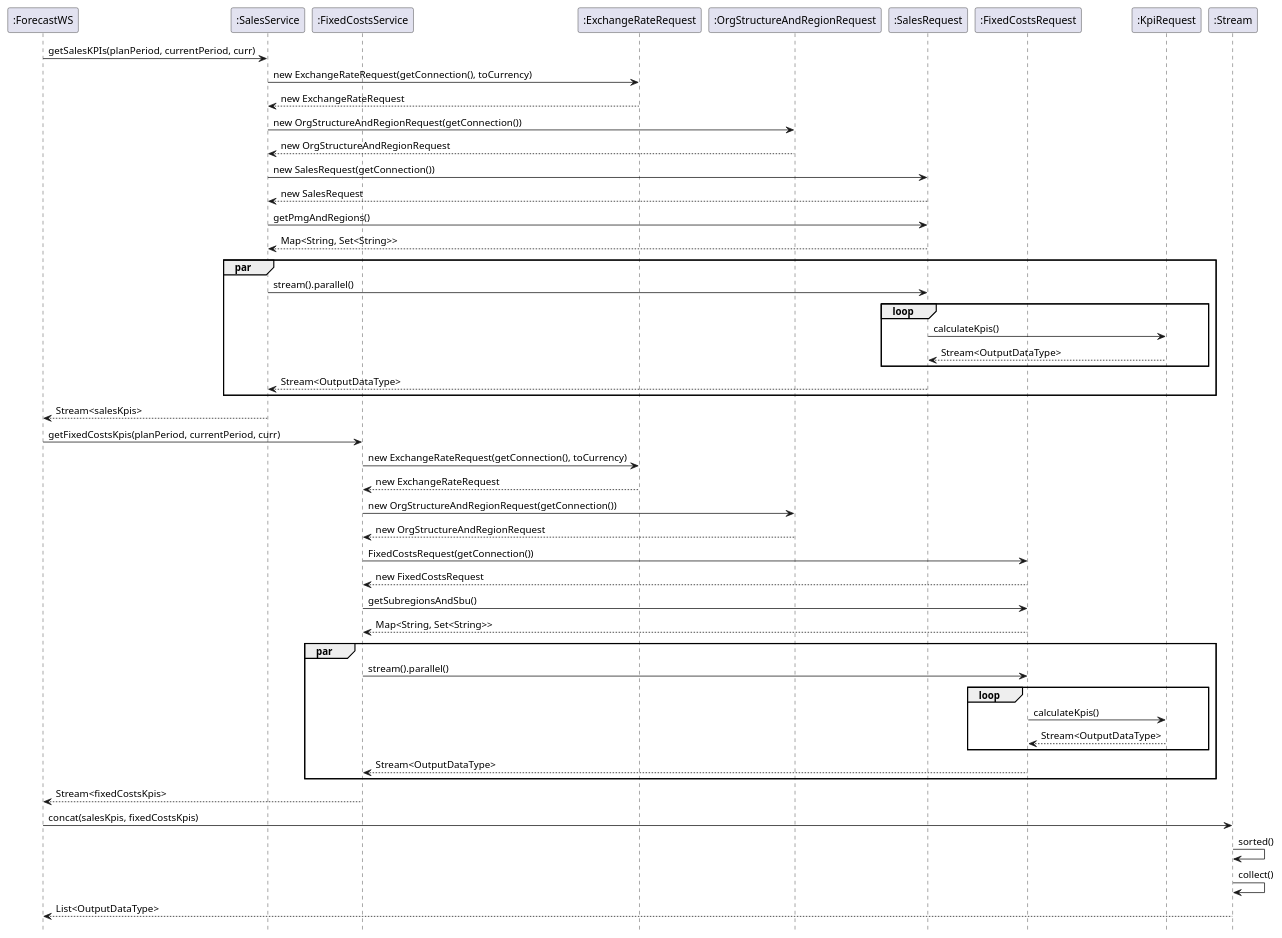
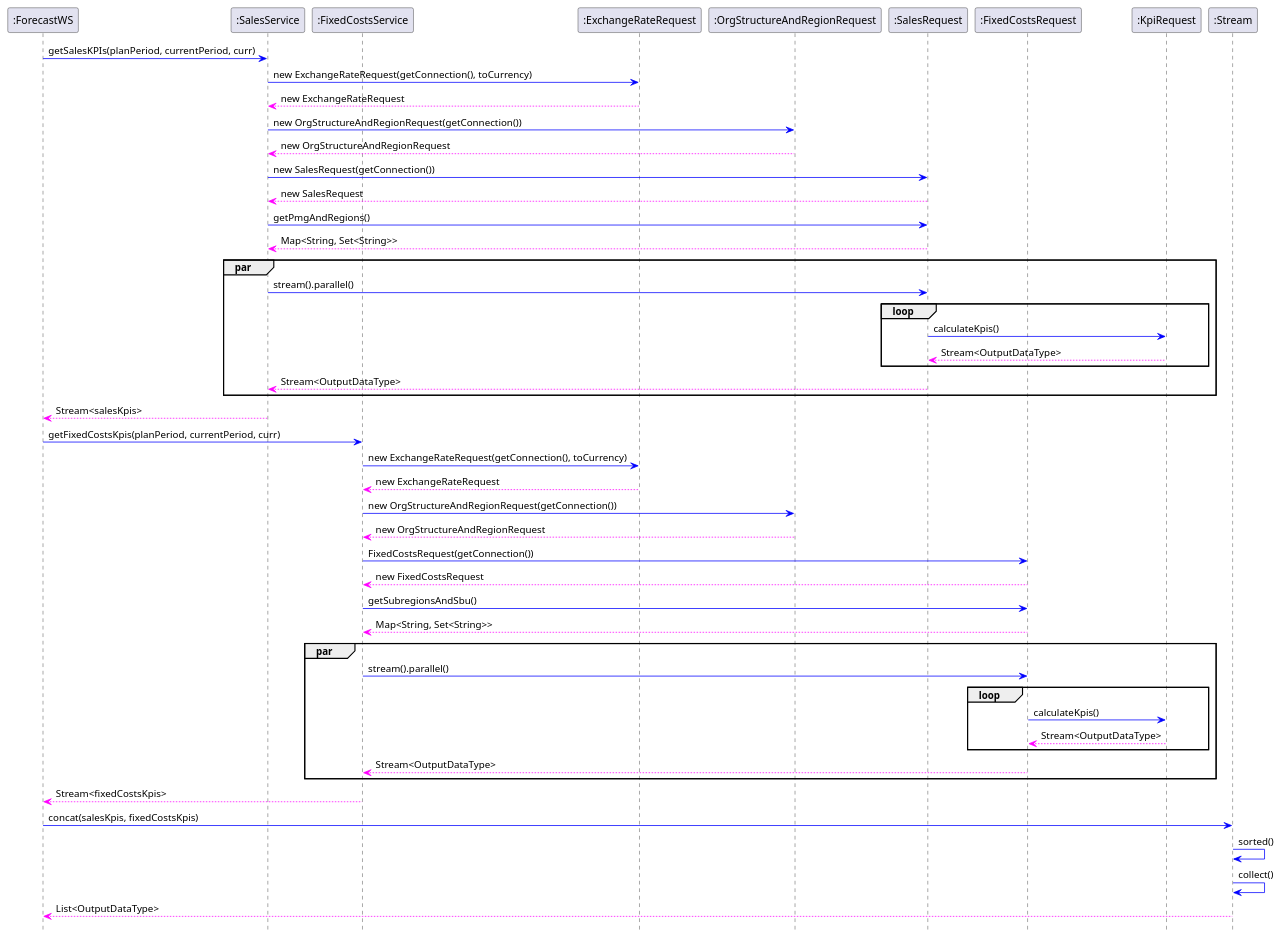
Before and after one commit to wagnst/forecast-cassandra: the diagram in diagrams/sequence/sequence_methods.puml, drawn with PlantUML. The commit also changed 1 other file, not shown here.

Commit message:
update sequence diagramm

```diff
--- a/diagrams/sequence/sequence_methods.puml
+++ b/diagrams/sequence/sequence_methods.puml
@@ -1,68 +1,68 @@
 @startuml
 
 hide footbox
 participant  ":ForecastWS"
 participant  ":SalesService"
 participant  ":FixedCostsService"
 participant  ":ExchangeRateRequest"
 participant  ":OrgStructureAndRegionRequest"
 participant  ":SalesRequest"
 participant  ":FixedCostsRequest"
 participant  ":KpiRequest"
 participant  ":Stream"
 
 
 
-":ForecastWS" -> ":SalesService" : getSalesKPIs(planPeriod, currentPeriod, curr)
-":SalesService" -> ":ExchangeRateRequest" : new ExchangeRateRequest(getConnection(), toCurrency)
-":ExchangeRateRequest" --> ":SalesService" : new ExchangeRateRequest
-":SalesService" -> ":OrgStructureAndRegionRequest" : new OrgStructureAndRegionRequest(getConnection())
-":OrgStructureAndRegionRequest" --> ":SalesService" : new OrgStructureAndRegionRequest
-":SalesService" -> ":SalesRequest" : new SalesRequest(getConnection())
-":SalesRequest" --> ":SalesService" : new SalesRequest
-":SalesService" -> ":SalesRequest" : getPmgAndRegions()
-":SalesRequest" --> ":SalesService" : Map<String, Set<String>>
+":ForecastWS" -[#0000FF]> ":SalesService" : getSalesKPIs(planPeriod, currentPeriod, curr)
+":SalesService" -[#0000FF]> ":ExchangeRateRequest" : new ExchangeRateRequest(getConnection(), toCurrency)
+":ExchangeRateRequest" --[#FF00FF]> ":SalesService" : new ExchangeRateRequest
+":SalesService" -[#0000FF]> ":OrgStructureAndRegionRequest" : new OrgStructureAndRegionRequest(getConnection())
+":OrgStructureAndRegionRequest" --[#FF00FF]> ":SalesService" : new OrgStructureAndRegionRequest
+":SalesService" -[#0000FF]> ":SalesRequest" : new SalesRequest(getConnection())
+":SalesRequest" --[#FF00FF]> ":SalesService" : new SalesRequest
+":SalesService" -[#0000FF]> ":SalesRequest" : getPmgAndRegions()
+":SalesRequest" --[#FF00FF]> ":SalesService" : Map<String, Set<String>>
 par
-    ":SalesService" -> ":SalesRequest": stream().parallel()
+    ":SalesService" -[#0000FF]> ":SalesRequest": stream().parallel()
     loop
-        ":SalesRequest" -> ":KpiRequest" : calculateKpis()
-        ":KpiRequest"  --> ":SalesRequest" : Stream<OutputDataType>
+        ":SalesRequest" -[#0000FF]> ":KpiRequest" : calculateKpis()
+        ":KpiRequest"  --[#FF00FF]> ":SalesRequest" : Stream<OutputDataType>
     end
-    ":SalesRequest" --> ":SalesService" : Stream<OutputDataType>
+    ":SalesRequest" --[#FF00FF]> ":SalesService" : Stream<OutputDataType>
 end
-":SalesService" --> ":ForecastWS" : Stream<salesKpis>
+":SalesService" --[#FF00FF]> ":ForecastWS" : Stream<salesKpis>
 
 
 
-":ForecastWS" -> ":FixedCostsService" : getFixedCostsKpis(planPeriod, currentPeriod, curr)
-":FixedCostsService" -> ":ExchangeRateRequest" : new ExchangeRateRequest(getConnection(), toCurrency)
-":ExchangeRateRequest" --> ":FixedCostsService" : new ExchangeRateRequest
-":FixedCostsService" ->  ":OrgStructureAndRegionRequest" : new OrgStructureAndRegionRequest(getConnection())
-":OrgStructureAndRegionRequest" --> ":FixedCostsService" : new OrgStructureAndRegionRequest
-":FixedCostsService" -> ":FixedCostsRequest" : FixedCostsRequest(getConnection())
-":FixedCostsRequest" --> ":FixedCostsService" : new FixedCostsRequest
-":FixedCostsService" -> ":FixedCostsRequest" : getSubregionsAndSbu()
-":FixedCostsRequest" --> ":FixedCostsService" : Map<String, Set<String>>
+":ForecastWS" -[#0000FF]> ":FixedCostsService" : getFixedCostsKpis(planPeriod, currentPeriod, curr)
+":FixedCostsService" -[#0000FF]> ":ExchangeRateRequest" : new ExchangeRateRequest(getConnection(), toCurrency)
+":ExchangeRateRequest" --[#FF00FF]> ":FixedCostsService" : new ExchangeRateRequest
+":FixedCostsService" -[#0000FF]>  ":OrgStructureAndRegionRequest" : new OrgStructureAndRegionRequest(getConnection())
+":OrgStructureAndRegionRequest" --[#FF00FF]> ":FixedCostsService" : new OrgStructureAndRegionRequest
+":FixedCostsService" -[#0000FF]> ":FixedCostsRequest" : FixedCostsRequest(getConnection())
+":FixedCostsRequest" --[#FF00FF]> ":FixedCostsService" : new FixedCostsRequest
+":FixedCostsService" -[#0000FF]> ":FixedCostsRequest" : getSubregionsAndSbu()
+":FixedCostsRequest" --[#FF00FF]> ":FixedCostsService" : Map<String, Set<String>>
 par
-    ":FixedCostsService" -> ":FixedCostsRequest": stream().parallel()
+    ":FixedCostsService" -[#0000FF]> ":FixedCostsRequest": stream().parallel()
     loop
-        ":FixedCostsRequest" -> ":KpiRequest" : calculateKpis()
-        ":KpiRequest"  --> ":FixedCostsRequest" : Stream<OutputDataType>
+        ":FixedCostsRequest" -[#0000FF]> ":KpiRequest" : calculateKpis()
+        ":KpiRequest"  --[#FF00FF]> ":FixedCostsRequest" : Stream<OutputDataType>
     end
-    ":FixedCostsRequest" --> ":FixedCostsService" : Stream<OutputDataType>
+    ":FixedCostsRequest" --[#FF00FF]> ":FixedCostsService" : Stream<OutputDataType>
 end
-":FixedCostsService" --> ":ForecastWS" : Stream<fixedCostsKpis>
+":FixedCostsService" --[#FF00FF]> ":ForecastWS" : Stream<fixedCostsKpis>
 
 
-":ForecastWS" -> ":Stream" : concat(salesKpis, fixedCostsKpis)
-":Stream" -> ":Stream" : sorted()
-":Stream" -> ":Stream" : collect()
-":Stream" --> ":ForecastWS" : List<OutputDataType>
+":ForecastWS" -[#0000FF]> ":Stream" : concat(salesKpis, fixedCostsKpis)
+":Stream" -[#0000FF]> ":Stream" : sorted()
+":Stream" -[#0000FF]> ":Stream" : collect()
+":Stream" --[#FF00FF]> ":ForecastWS" : List<OutputDataType>
 
 
 
 
 
 
 
 @enduml
```
